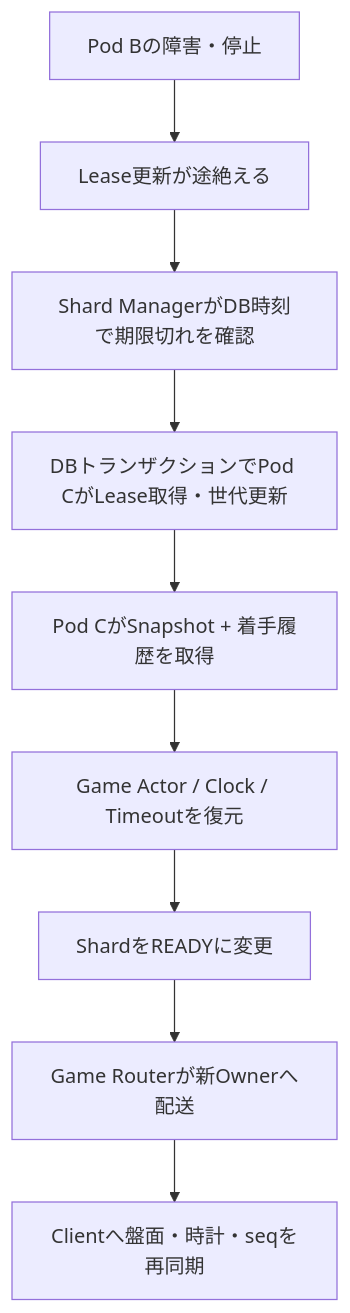
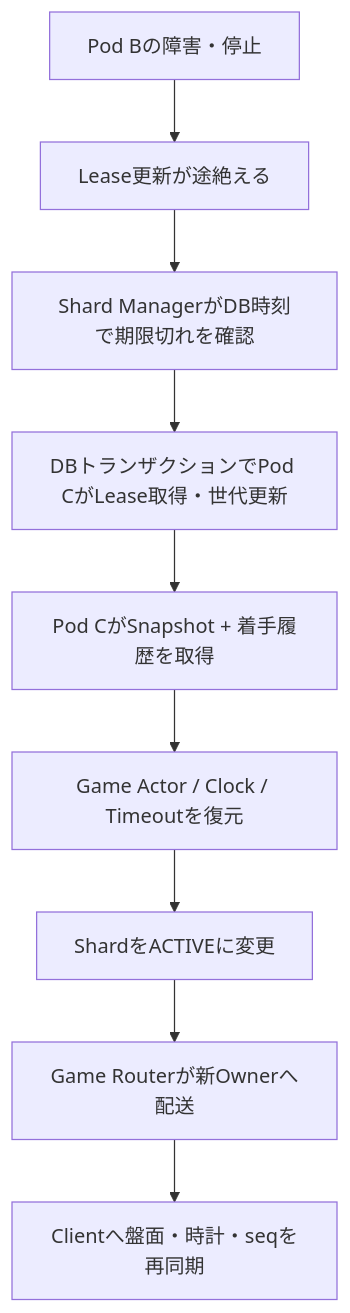
The fourth of 6 diagrams in architecture.md (take44444/shogi-backend), drawn with Mermaid before and after one commit. The commit also changed other lines of this file, not shown here.

````diff
--- a/architecture.md
+++ b/architecture.md
@@ -317,11 +330,11 @@
 ```mermaid
 flowchart TD
   A[Pod Bの障害・停止] --> B[Lease更新が途絶える]
   B --> C[Shard ManagerがDB時刻で期限切れを確認]
   C --> D[DBトランザクションでPod CがLease取得・世代更新]
   D --> E[Pod CがSnapshot + 着手履歴を取得]
   E --> F[Game Actor / Clock / Timeoutを復元]
-  F --> G[ShardをREADYに変更]
+  F --> G[ShardをACTIVEに変更]
   G --> H[Game Routerが新Ownerへ配送]
   H --> I[Clientへ盤面・時計・seqを再同期]
 ```
````
